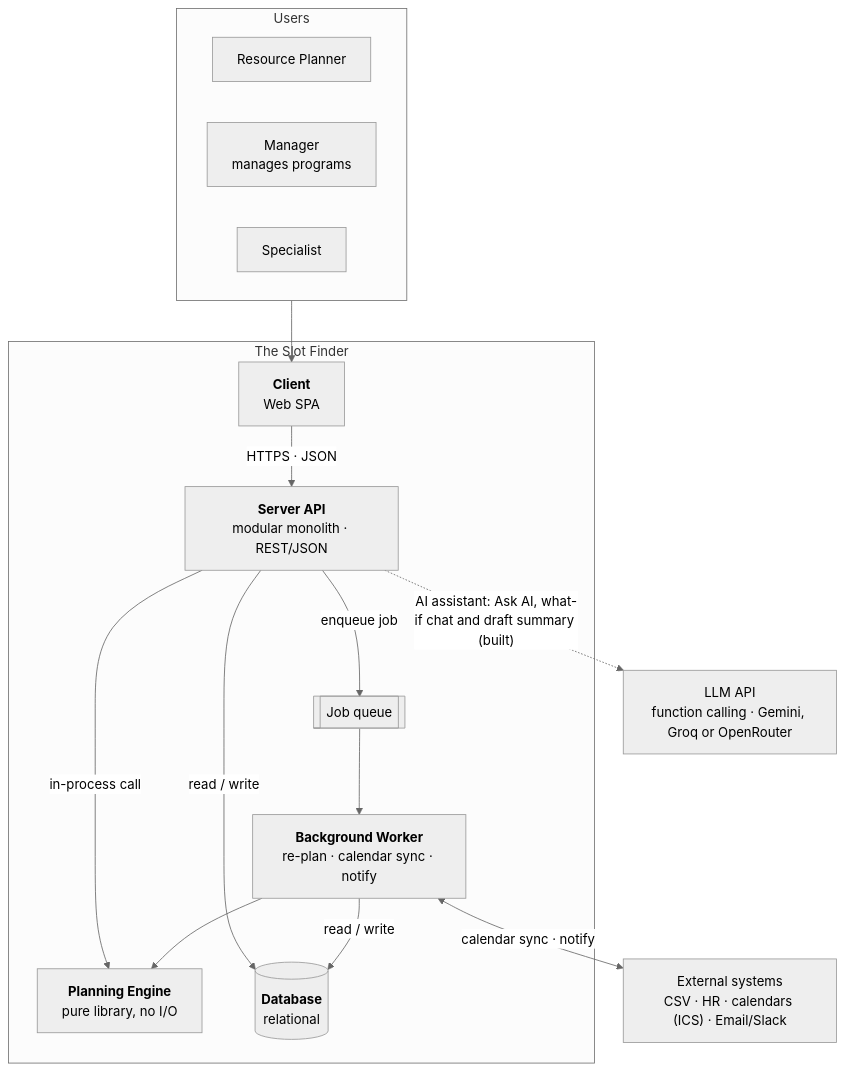
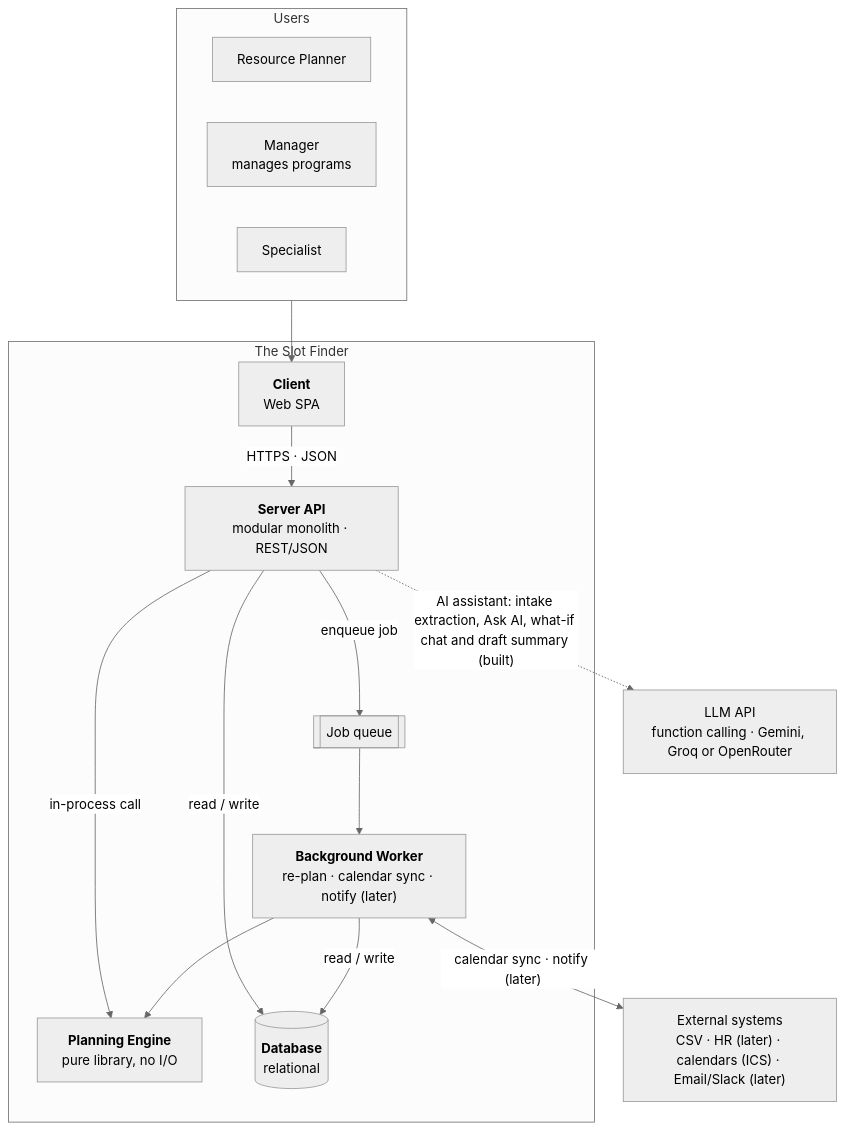
The second of 14 diagrams in README.md (dophnamm/the-slot-finder), drawn with Mermaid (neutral theme) before and after one commit. The commit also changed other lines of this file and 1 other file, not shown here.

Commit message:
docs: correct the architecture README and diagrams

````diff
--- a/README.md
+++ b/README.md
@@ -84,31 +85,31 @@
 ```mermaid
 flowchart TB
   subgraph users["Users"]
     planner["Resource Planner"]
     lead["Manager<br/>manages programs"]
     spec["Specialist"]
   end
 
   subgraph sf["The Slot Finder"]
     client["<b>Client</b><br/>Web SPA"]
     api["<b>Server API</b><br/>modular monolith · REST/JSON"]
     engine["<b>Planning Engine</b><br/>pure library, no I/O"]
     queue[["Job queue"]]
-    worker["<b>Background Worker</b><br/>re-plan · calendar sync · notify"]
+    worker["<b>Background Worker</b><br/>re-plan · calendar sync · notify (later)"]
     db[("<b>Database</b><br/>relational")]
   end
 
-  ext["External systems<br/>CSV · HR · calendars (ICS) · Email/Slack"]
+  ext["External systems<br/>CSV · HR (later) · calendars (ICS) · Email/Slack (later)"]
   llm["LLM API<br/>function calling · Gemini, Groq or OpenRouter"]
 
   users --> client
   client -->|"HTTPS · JSON"| api
   api -->|"in-process call"| engine
   api -->|"read / write"| db
   api -->|"enqueue job"| queue
   queue --> worker
   worker --> engine
   worker -->|"read / write"| db
-  worker <-->|"calendar sync · notify"| ext
-  api -.->|"AI assistant: Ask AI, what-if chat and draft summary (built)"| llm
+  worker <-->|"calendar sync · notify (later)"| ext
+  api -.->|"AI assistant: intake extraction, Ask AI, what-if chat and draft summary (built)"| llm
 ```
````
